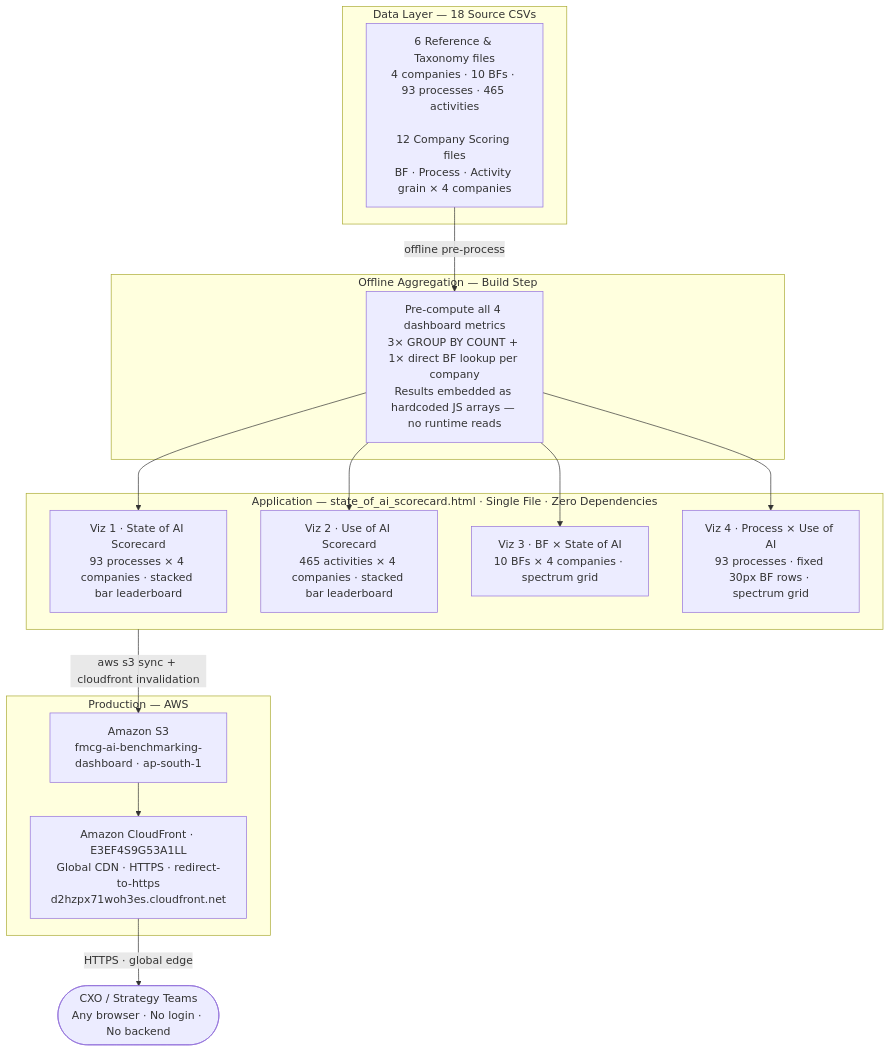
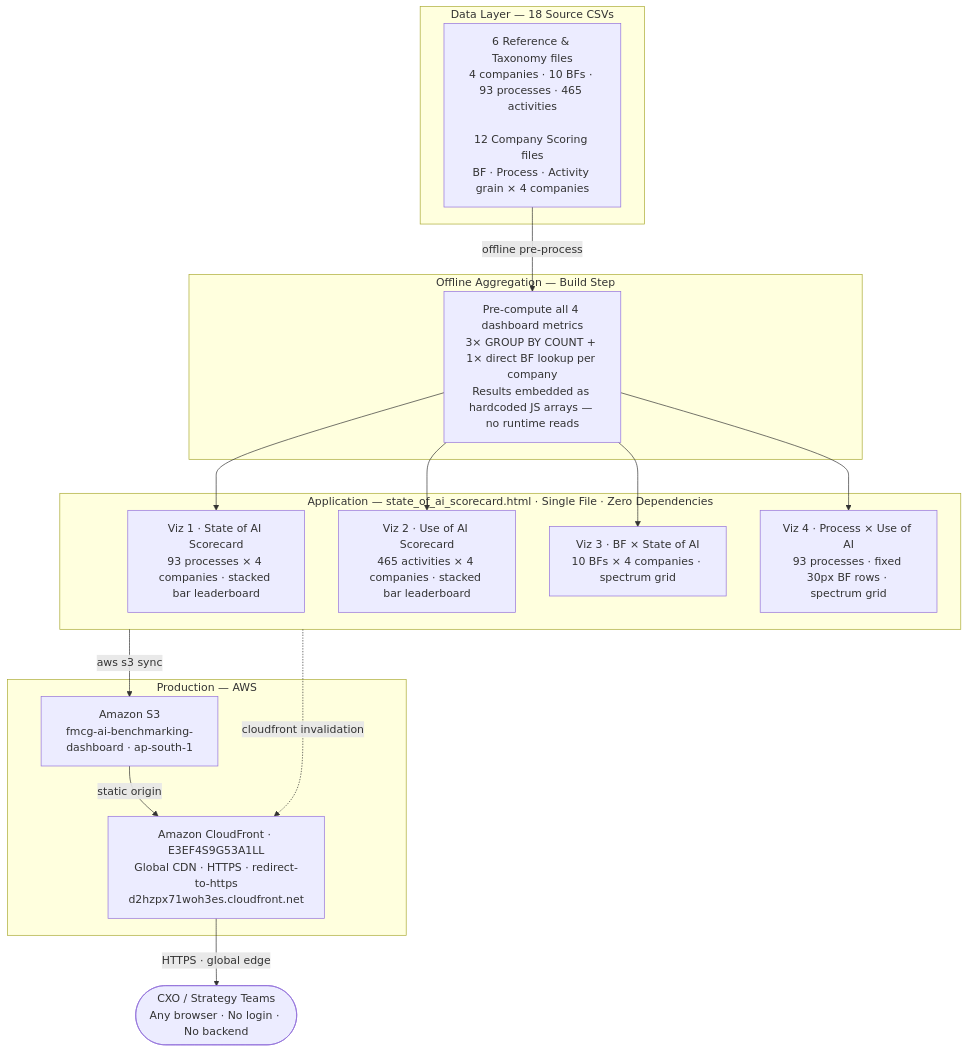
Before and after one commit to upadhyayanurodh/fmcg-ai-benchmarking-dashboard: the first of 3 diagrams in ARCHITECTURE.md, drawn with Mermaid. The commit also changed other lines of this file and 1 other file, not shown here.

First line of the commit message:
fix(architecture): address 10 architectural review findings

````diff
--- a/ARCHITECTURE.md
+++ b/ARCHITECTURE.md
@@ -7,33 +7,34 @@
 ```mermaid
 flowchart TD
     subgraph DATA["Data Layer — 18 Source CSVs"]
         CSV["6 Reference & Taxonomy files\n4 companies · 10 BFs · 93 processes · 465 activities\n\n12 Company Scoring files\nBF · Process · Activity grain × 4 companies"]
     end
 
     subgraph OFFLINE["Offline Aggregation — Build Step"]
         BUILD["Pre-compute all 4 dashboard metrics\n3× GROUP BY COUNT + 1× direct BF lookup per company\nResults embedded as hardcoded JS arrays — no runtime reads"]
     end
 
     subgraph APP["Application — state_of_ai_scorecard.html · Single File · Zero Dependencies"]
         V1["Viz 1 · State of AI Scorecard\n93 processes × 4 companies · stacked bar leaderboard"]
         V2["Viz 2 · Use of AI Scorecard\n465 activities × 4 companies · stacked bar leaderboard"]
         V3["Viz 3 · BF × State of AI\n10 BFs × 4 companies · spectrum grid"]
         V4["Viz 4 · Process × Use of AI\n93 processes · fixed 30px BF rows · spectrum grid"]
     end
 
     subgraph AWS["Production — AWS"]
         S3["Amazon S3\nfmcg-ai-benchmarking-dashboard · ap-south-1"]
         CF["Amazon CloudFront · E3EF4S9G53A1LL\nGlobal CDN · HTTPS · redirect-to-https\nd2hzpx71woh3es.cloudfront.net"]
     end
 
     USERS(["CXO / Strategy Teams\nAny browser · No login · No backend"])
 
     CSV -->|"offline pre-process"| BUILD
     BUILD --> V1
     BUILD --> V2
     BUILD --> V3
     BUILD --> V4
-    APP -->|"aws s3 sync + cloudfront invalidation"| S3
-    S3 --> CF
+    APP -->|"aws s3 sync"| S3
+    APP -.->|"cloudfront invalidation"| CF
+    S3 -->|"static origin"| CF
     CF -->|"HTTPS · global edge"| USERS
 ```
````
